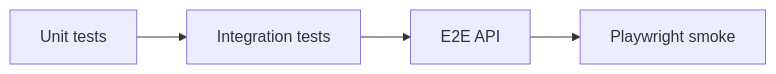
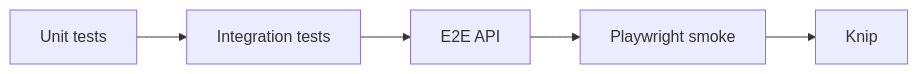
Before and after one commit to roccacr/CRM_VENTAS: the seventh of 8 diagrams in README.md, drawn with Mermaid. The commit also changed other lines of this file and 196 other files, not shown here.

````diff
--- a/README.md
+++ b/README.md
@@ -217,6 +217,7 @@
 ```mermaid
 flowchart LR
     U[Unit tests] --> I[Integration tests]
     I --> E[E2E API]
     E --> P[Playwright smoke]
+    P --> K[Knip]
 ```
````
